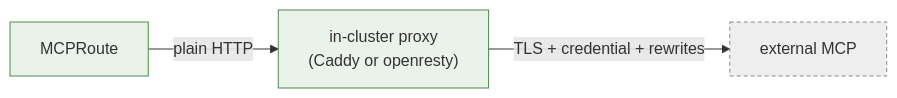
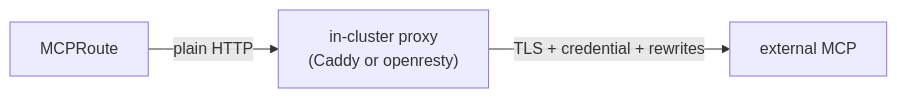
The fourth of 4 diagrams in docs/architecture/10-mcp.md (ADORSYS-GIS/ai-helm), drawn with Mermaid before and after one commit. The commit also changed other lines of this file and 13 other files, not shown here.

First line of the commit message:
docs(architecture): uncolor all mermaid; refresh CD/components; add diagrams

````diff
--- a/docs/architecture/10-mcp.md
+++ b/docs/architecture/10-mcp.md
@@ -106,7 +102,5 @@
 ```mermaid
 flowchart LR
-    MCPR["MCPRoute"]:::own -->|plain HTTP| PROXY["in-cluster proxy<br/>(Caddy or openresty)"]:::own
-    PROXY -->|"TLS + credential + rewrites"| UP["external MCP"]:::ext
-    classDef own fill:#eaf3ea,stroke:#4a8a4a;
-    classDef ext fill:#eee,stroke:#888,stroke-dasharray:4 3;
+    MCPR["MCPRoute"] -->|plain HTTP| PROXY["in-cluster proxy<br/>(Caddy or openresty)"]
+    PROXY -->|"TLS + credential + rewrites"| UP["external MCP"]
 ```
````
